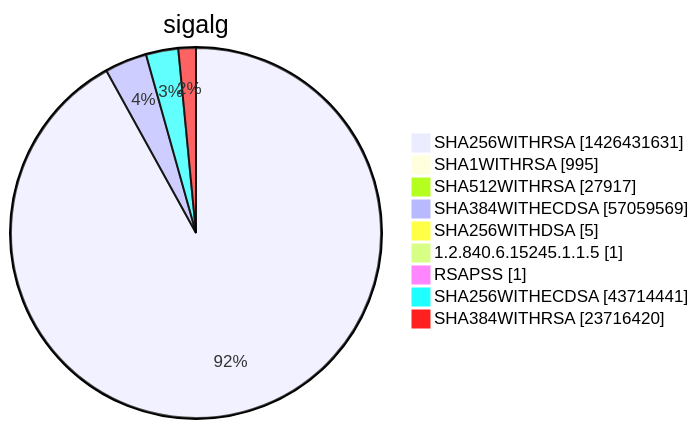
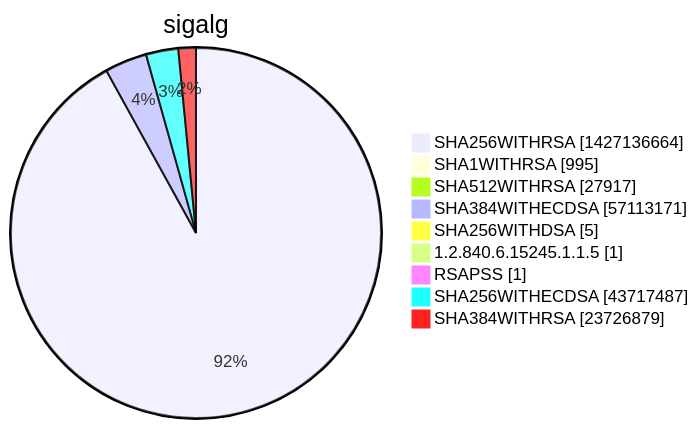
Diagram 15 of 15 in xenon2022/README.md (christiankrug/ctmonitor_visualization), drawn with Mermaid before and after one commit. The commit also changed other lines of this file, not shown here.

````diff
--- a/xenon2022/README.md
+++ b/xenon2022/README.md
@@ -5860,13 +5860,13 @@
 ```mermaid
 pie showData
 title sigalg
-"SHA256WITHRSA" :1426431631
+"SHA256WITHRSA" :1427136664
 "SHA1WITHRSA" :995
 "SHA512WITHRSA" :27917
-"SHA384WITHECDSA" :57059569
+"SHA384WITHECDSA" :57113171
 "SHA256WITHDSA" :5
 "1.2.840.6.15245.1.1.5" :1
 "RSAPSS" :1
-"SHA256WITHECDSA" :43714441
-"SHA384WITHRSA" :23716420
+"SHA256WITHECDSA" :43717487
+"SHA384WITHRSA" :23726879
 ```
````
